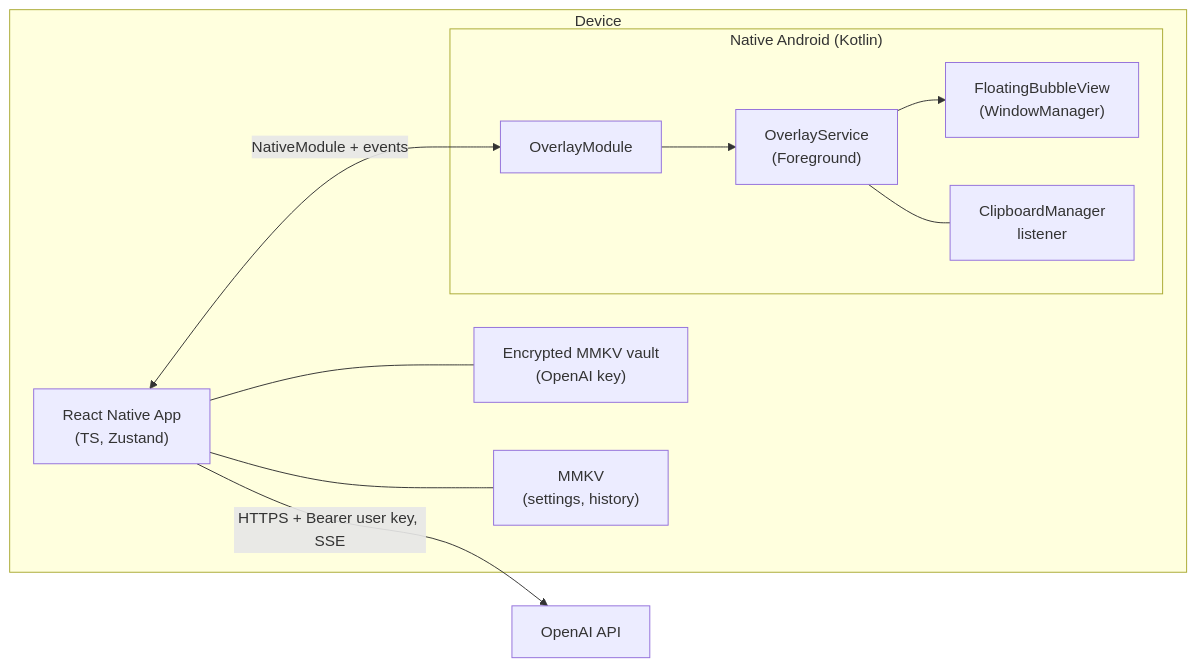
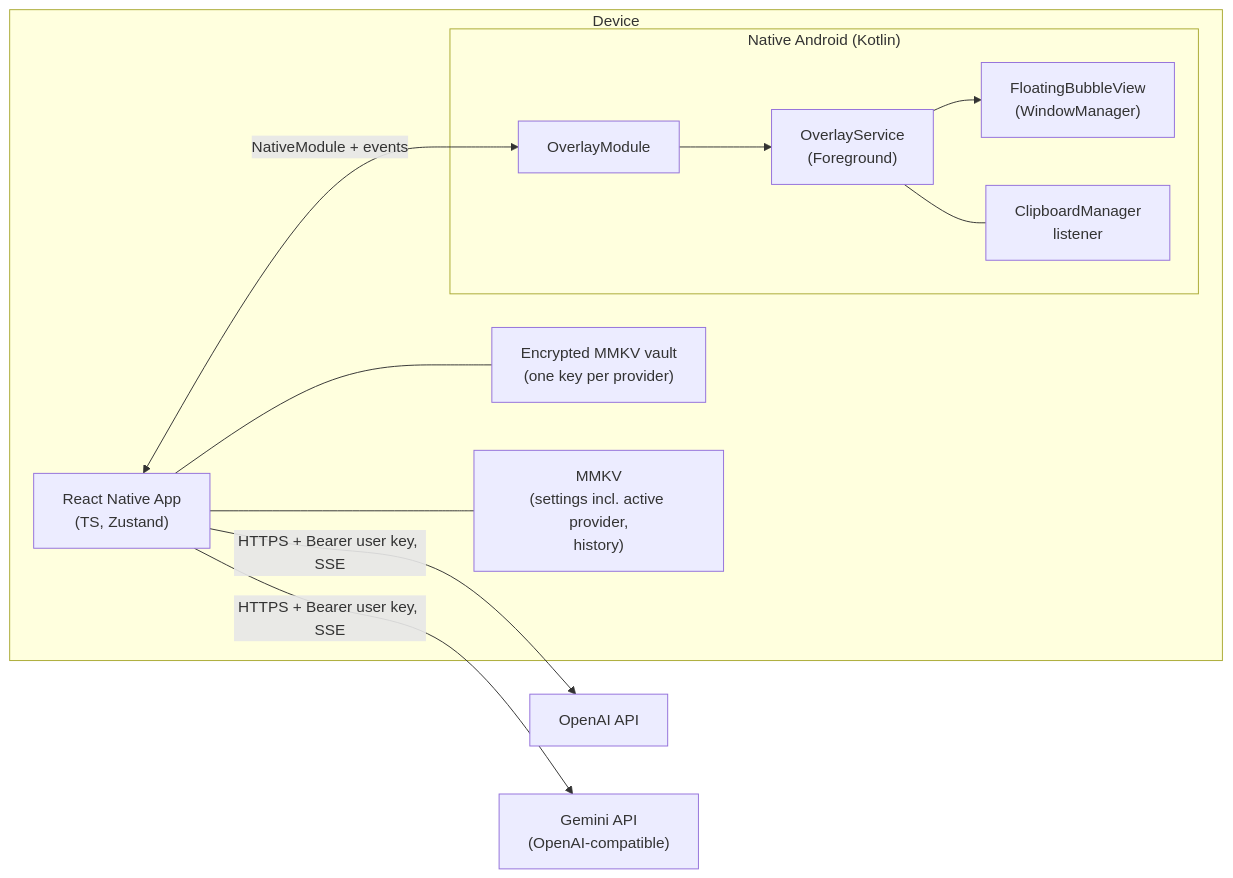
Before and after one commit to prajapatisaurabh/ai-assistant: the first of 5 diagrams in docs/ARCHITECTURE.md, drawn with Mermaid. The commit also changed other lines of this file and 4 other files, not shown here.

First line of the commit message:
docs: document OpenAI + Gemini providers and add CLAUDE.md

````diff
--- a/docs/ARCHITECTURE.md
+++ b/docs/ARCHITECTURE.md
@@ -9,22 +17,24 @@
 ```mermaid
 flowchart LR
   subgraph Device
     RN["React Native App<br/>(TS, Zustand)"]
     subgraph Native["Native Android (Kotlin)"]
       Mod["OverlayModule"]
       Svc["OverlayService<br/>(Foreground)"]
       Bubble["FloatingBubbleView<br/>(WindowManager)"]
       Clip["ClipboardManager<br/>listener"]
     end
-    Vault["Encrypted MMKV vault<br/>(OpenAI key)"]
-    MMKV["MMKV<br/>(settings, history)"]
+    Vault["Encrypted MMKV vault<br/>(one key per provider)"]
+    MMKV["MMKV<br/>(settings incl. active provider,<br/>history)"]
   end
   OAI["OpenAI API"]
+  GEM["Gemini API<br/>(OpenAI-compatible)"]
 
   RN <-->|"NativeModule + events"| Mod
   Mod --> Svc --> Bubble
   Svc --- Clip
   RN --- Vault
   RN --- MMKV
   RN -->|"HTTPS + Bearer user key, SSE"| OAI
+  RN -->|"HTTPS + Bearer user key, SSE"| GEM
 ```
````
